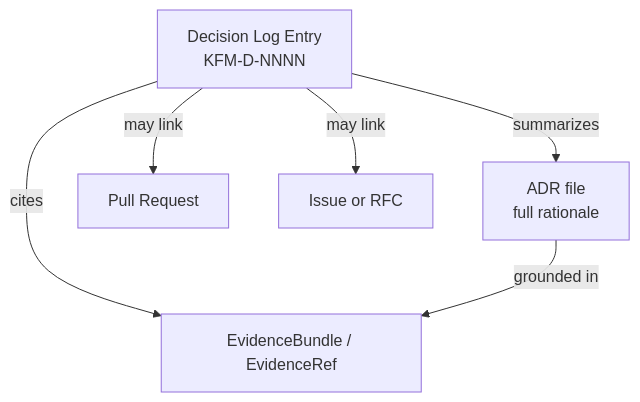
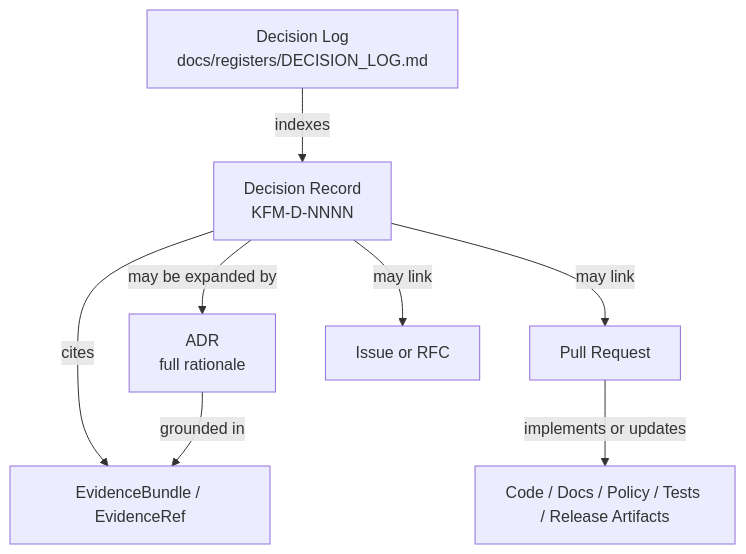
Before and after one commit to bartytime4life/Kansas-Frontier-Matrix: the second of 2 diagrams in docs/governance/DECISION_LOG.md, drawn with Mermaid. The commit also changed other lines of this file, not shown here.

````diff
--- a/docs/governance/DECISION_LOG.md
+++ b/docs/governance/DECISION_LOG.md
@@ -204,8 +272,10 @@
 ```mermaid
 flowchart TB
-    DL[Decision Log Entry<br/>KFM-D-NNNN] -->|summarizes| ADR[ADR file<br/>full rationale]
-    DL -->|cites| EB[EvidenceBundle / EvidenceRef]
-    DL -->|may link| PR[Pull Request]
-    DL -->|may link| ISS[Issue or RFC]
+    DL[Decision Log<br/>docs/registers/DECISION_LOG.md] -->|indexes| DR[Decision Record<br/>KFM-D-NNNN]
+    DR -->|may be expanded by| ADR[ADR<br/>full rationale]
+    DR -->|cites| EB[EvidenceBundle / EvidenceRef]
+    DR -->|may link| PR[Pull Request]
+    DR -->|may link| ISS[Issue or RFC]
     ADR -->|grounded in| EB
+    PR -->|implements or updates| IMPL[Code / Docs / Policy / Tests / Release Artifacts]
 ```
````
